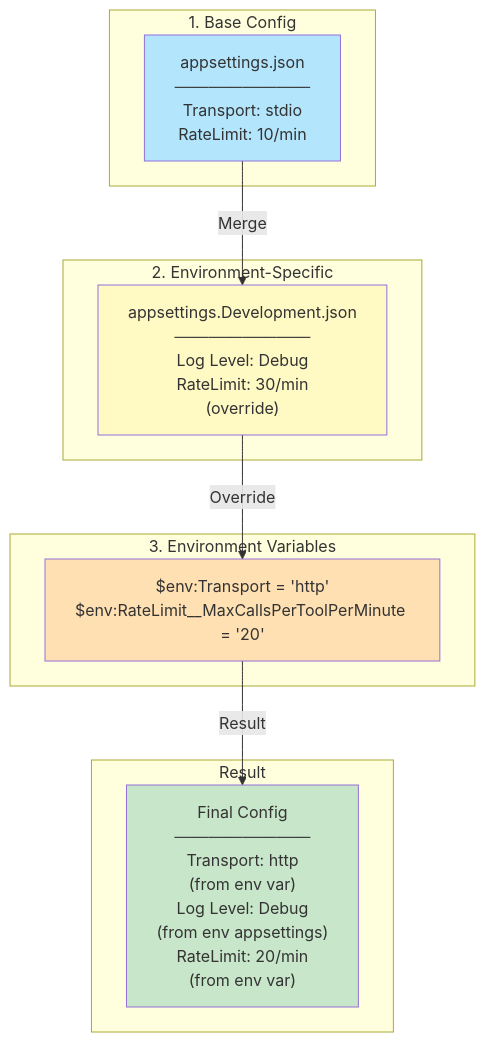
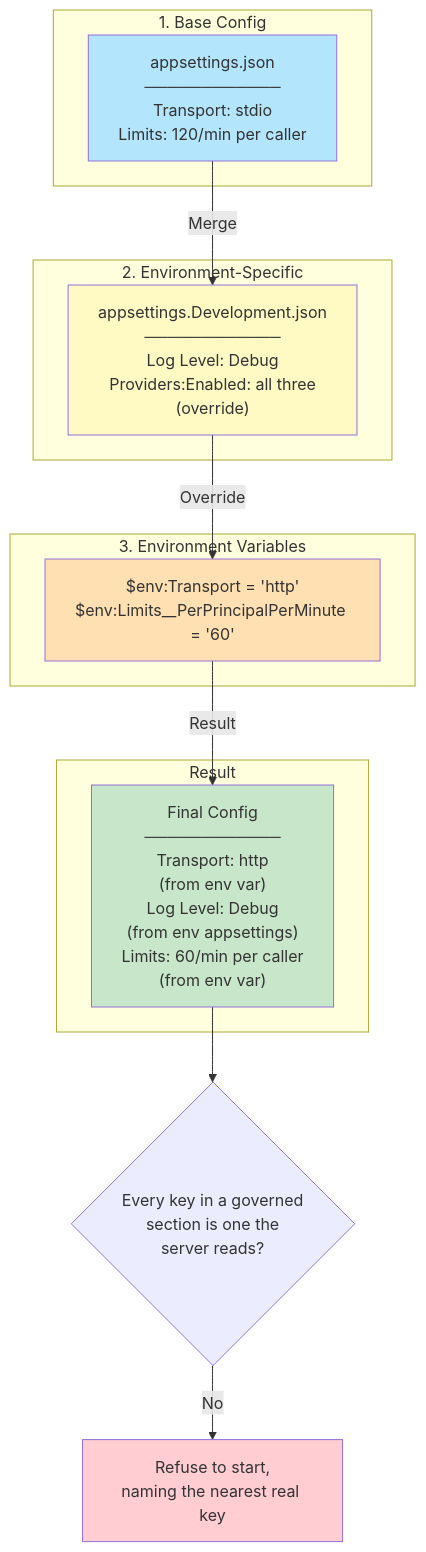
The sixth of 10 diagrams in docs/02-ARCHITECTURE-FLOWCHARTS.md (oskarc/MCPExtensibleTemplate), drawn with Mermaid before and after one commit. The commit also changed other lines of this file and 24 other files, not shown here.

````diff
--- a/docs/02-ARCHITECTURE-FLOWCHARTS.md
+++ b/docs/02-ARCHITECTURE-FLOWCHARTS.md
@@ -227,27 +225,32 @@
 ```mermaid
 graph TB
     subgraph "1. Base Config"
-        Base["appsettings.json<br/>────────────<br/>Transport: stdio<br/>RateLimit: 10/min"]
+        Base["appsettings.json<br/>────────────<br/>Transport: stdio<br/>Limits: 120/min per caller"]
     end
 
     subgraph "2. Environment-Specific"
-        Env["appsettings.Development.json<br/>────────────<br/>Log Level: Debug<br/>RateLimit: 30/min<br/>(override)"]
+        Env["appsettings.Development.json<br/>────────────<br/>Log Level: Debug<br/>Providers:Enabled: all three<br/>(override)"]
     end
 
     subgraph "3. Environment Variables"
-        EnvVars["$env:Transport = 'http'<br/>$env:RateLimit__MaxCallsPerToolPerMinute = '20'"]
+        EnvVars["$env:Transport = 'http'<br/>$env:Limits__PerPrincipalPerMinute = '60'"]
     end
 
     subgraph "Result"
-        Final["Final Config<br/>────────────<br/>Transport: http<br/>(from env var)<br/>Log Level: Debug<br/>(from env appsettings)<br/>RateLimit: 20/min<br/>(from env var)"]
+        Final["Final Config<br/>────────────<br/>Transport: http<br/>(from env var)<br/>Log Level: Debug<br/>(from env appsettings)<br/>Limits: 60/min per caller<br/>(from env var)"]
     end
+
+    Check{"Every key in a governed<br/>section is one the<br/>server reads?"}
 
     Base -->|Merge| Env
     Env -->|Override| EnvVars
     EnvVars -->|Result| Final
+    Final --> Check
+    Check -->|No| Stop["Refuse to start,<br/>naming the nearest real key"]
 
     style Base fill:#b3e5fc
     style Env fill:#fff9c4
     style EnvVars fill:#ffe0b2
     style Final fill:#c8e6c9
+    style Stop fill:#ffcdd2
 ```
````
